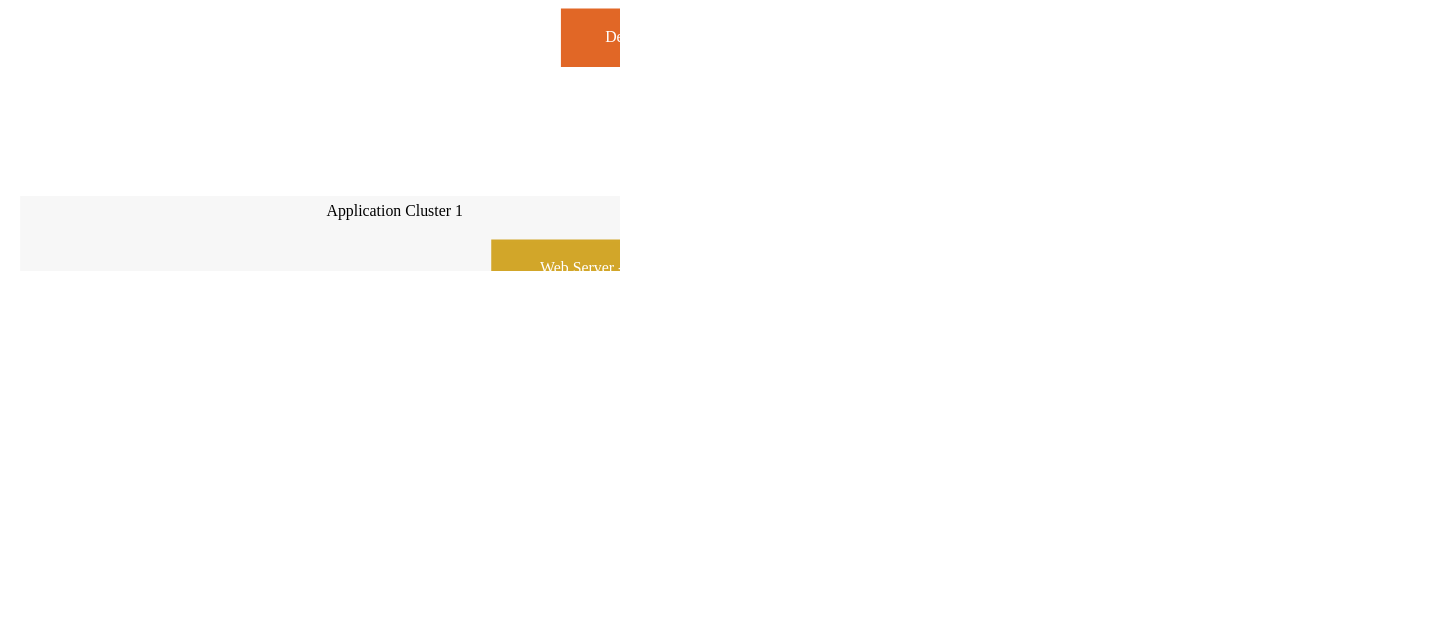
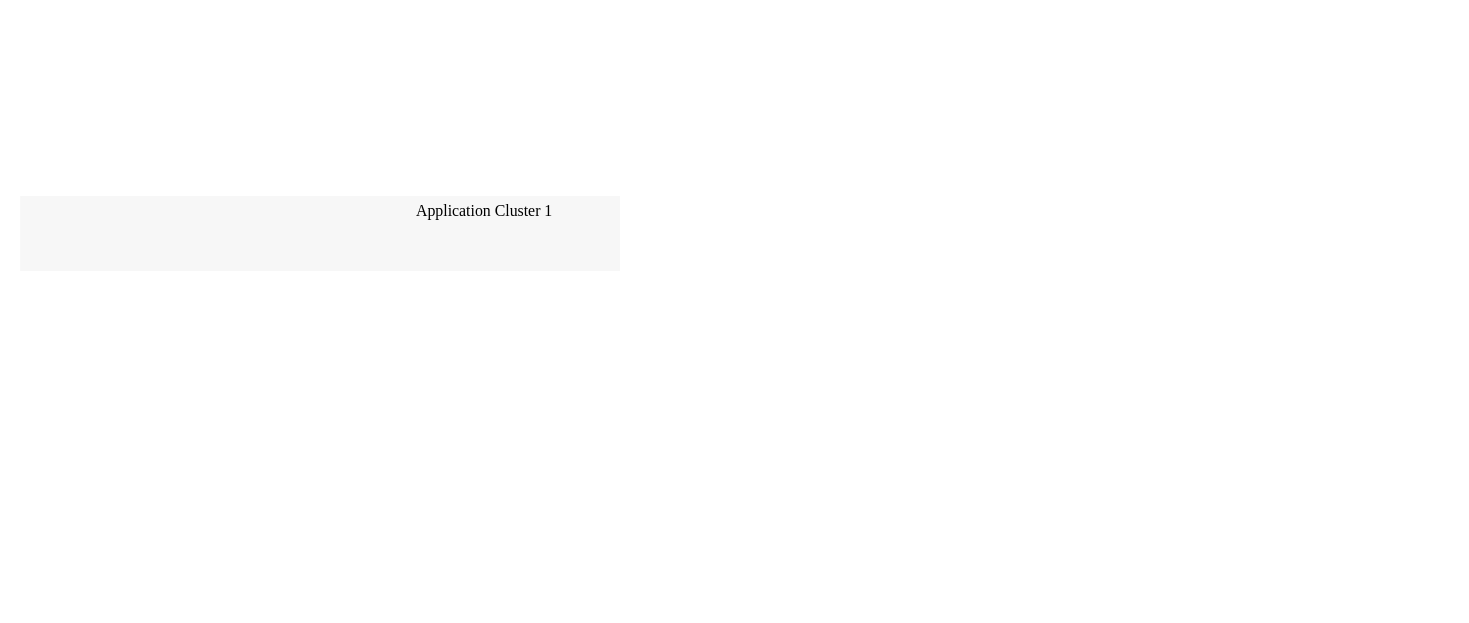
One commit to abruzzi/graphviz-scripts changed the diagram in nepsd-arch.dot. Above: the diagram before and after it, drawn with Graphviz.

Commit message:
update nepsd arch

```diff
--- a/nepsd-arch.dot
+++ b/nepsd-arch.dot
@@ -1,111 +1,111 @@
 digraph nepsd {
 	fontname="Microsoft YaHei";
     fontsize=10;
     dir=TD;
 
     graph [dpi=180];
 
     node [color="#3C7CCC", shape="record", fontname="Consolas", fontsize=10];
     edge [color="#636260", fontname="Consolas", fontsize=10, arrowhead="empty", style="dashed"];
 
 	desktop [label="Desktop - Chrome/Firefox", color="#E16726", style="filled", fontcolor="#ffffff"];
 	pad [label="Pad/Laptop - Chrome/Safari", color="#0A9DE5", style="filled", fontcolor="#ffffff"];
 
 	load_balance [label="Load Balance - Nginx", style="filled", color="#029802", fontcolor="#ffffff"];
 
 	desktop -> load_balance;
 	pad -> load_balance;
 
 	subgraph cluster_c1 {
 		label="Application Cluster 1";
 		style="filled"
 		color="#F7F7F7"
 
-		web_server_c1 [label="Web Server - Tomcat/Jetty", style="filled", color="#D2A629", fontcolor="#ffffff"];
+		web_server_c1 [label="Web Server - Tomcat/Jetty", style="filled", color="#FDDD75", fontcolor="#333333"];
 
 		subgraph cluster_exporter {
 			label="Exporter Instances"
 			style="filled"
 			color="#EBEBEB"
 
 			exporter1 [label="Site Exporter", shape="component"];
 			exporter2 [label="Site Exporter", shape="component"];
+			exporter3 [label="Site Exporter", shape="component"];
 		}
 		
 		message_queue_c1 [label="Queue Server - RabbitMQ", style="filled", color="#FF6604", fontcolor="#ffffff"];
 		
 		subgraph cluster_importer {
 			label="Importer Instances"
 			style="filled"
 			color="#EBEBEB"
 
 			importer1 [label="DIY Importer", shape="component"];
 			importer2 [label="DIY Importer", shape="component"];	
 		}
 		
 		database_c1 [label="NoSQL Database - Mongo", style="filled", color="#1E8A36", fontcolor="#ffffff"];
 	}
 
 	web_server_c1 -> message_queue_c1;
 	message_queue_c1 -> exporter1;
 	message_queue_c1 -> exporter2;
+	message_queue_c1 -> exporter3;
 
 	message_queue_c1 -> importer1;
 	message_queue_c1 -> importer2;
 
 	web_server_c1 -> database_c1;
 
 	exporter1 -> database_c1;
 	exporter2 -> database_c1;
+	exporter3 -> database_c1;
 
 	importer1 -> database_c1;
 	importer2 -> database_c1;
 
 	subgraph cluster_c2 {
 		label="Application Cluster 2";
 		style="filled"
 		color="#F7F7F7"
 		
-		web_server_c2 [label="Web Server - Tomcat/Jetty", style="filled", color="#D2A629", fontcolor="#ffffff"];
+		web_server_c2 [label="Web Server - Tomcat/Jetty", style="filled", color="#FDDD75", fontcolor="#333333"];
 
 		subgraph cluster_importer2 {
 			label="Importer Instances"
 			style="filled"
 			color="#EBEBEB"
 			
 			importer3 [label="DIY Importer", shape="component"];
 			importer4 [label="DIY Importer", shape="component"];	
 		}
 
 		subgraph cluster_exporter2 {
 			label="Exporter Instances"
 			style="filled"
 			color="#EBEBEB"
 
-			exporter3 [label="Site Exporter", shape="component"];
 			exporter4 [label="Site Exporter", shape="component"];		
 		}
 		
 		message_queue_c2 [label="Queue Server - RabbitMQ", style="filled", color="#FF6604", fontcolor="#ffffff"];
 		
 		database_c2 [label="NoSQL Database - Mongo", style="filled", color="#1E8A36", fontcolor="#ffffff"];
 	}
 
 	load_balance -> web_server_c1;
 	load_balance -> web_server_c2;
 
 	web_server_c2 -> message_queue_c2;
-	message_queue_c2 -> exporter3;
 	message_queue_c2 -> exporter4;
 
 	message_queue_c2 -> importer3;
 	message_queue_c2 -> importer4;
 
 	web_server_c2 -> database_c2;
 
-	exporter3 -> database_c2;
 	exporter4 -> database_c2;
 
 	importer3 -> database_c2;
 	importer4 -> database_c2;
 }
```
